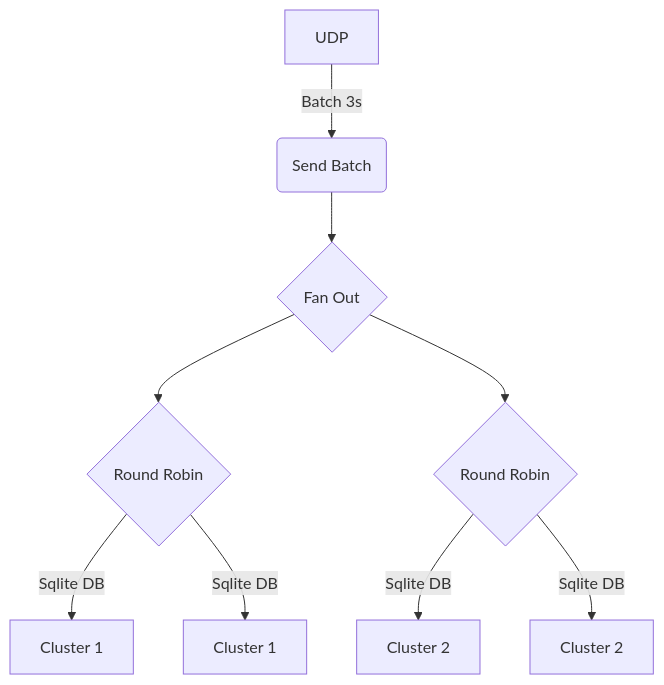
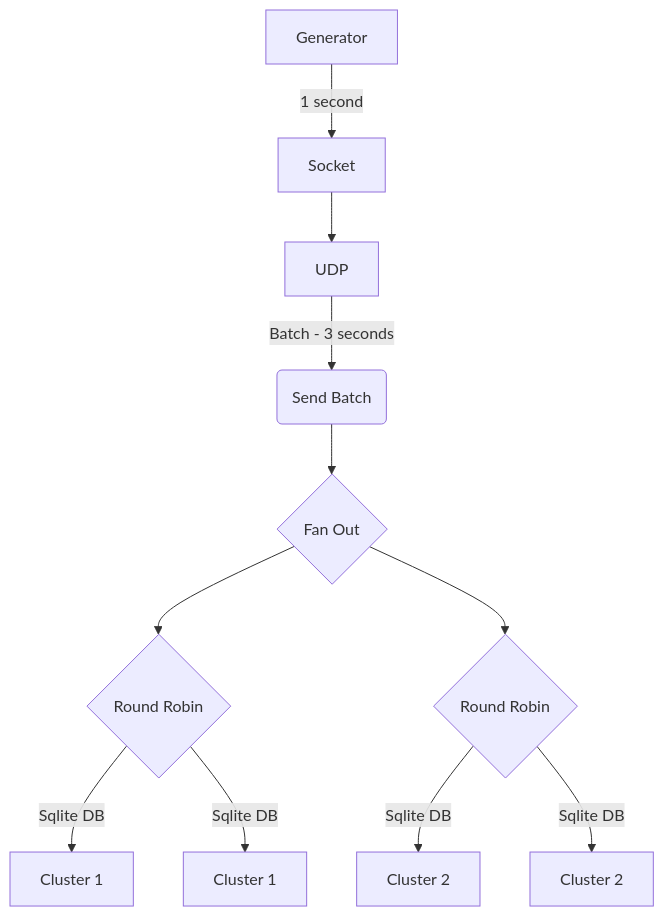
One commit to dbuschman7/redpanda-playground changed the diagram in connect/streams/README.md. Above: the diagram before and after it, drawn with Mermaid. The commit also changed 16 other files, not shown here.

Commit message:
confiured redpanda connect to use interesting pattenrs for data flow

````diff
--- a/connect/streams/README.md
+++ b/connect/streams/README.md
@@ -13,11 +13,12 @@
 ```mermaid
 flowchart TD
-    A[UDP] -->|Batch 3s| B(Send Batch)
-    B --> C{Fan Out}
-    C --> H{Round Robin}
-    C --> S{Round Robin}
-    H -->|Sqlite DB| D[Cluster 1]
-    H -->|Sqlite DB| J[Cluster 1]
+    A[Generator] -->|1 second| C[Socket]
+    C --> H[UDP] -->|Batch - 3 seconds| K(Send Batch)
+    K --> M{Fan Out}
+    M --> N{Round Robin}
+    M --> S{Round Robin}
+    N -->|Sqlite DB| D[Cluster 1]
+    N -->|Sqlite DB| J[Cluster 1]
     S -->|Sqlite DB| E[Cluster 2]
     S -->|Sqlite DB| L[Cluster 2]
 ```
````
